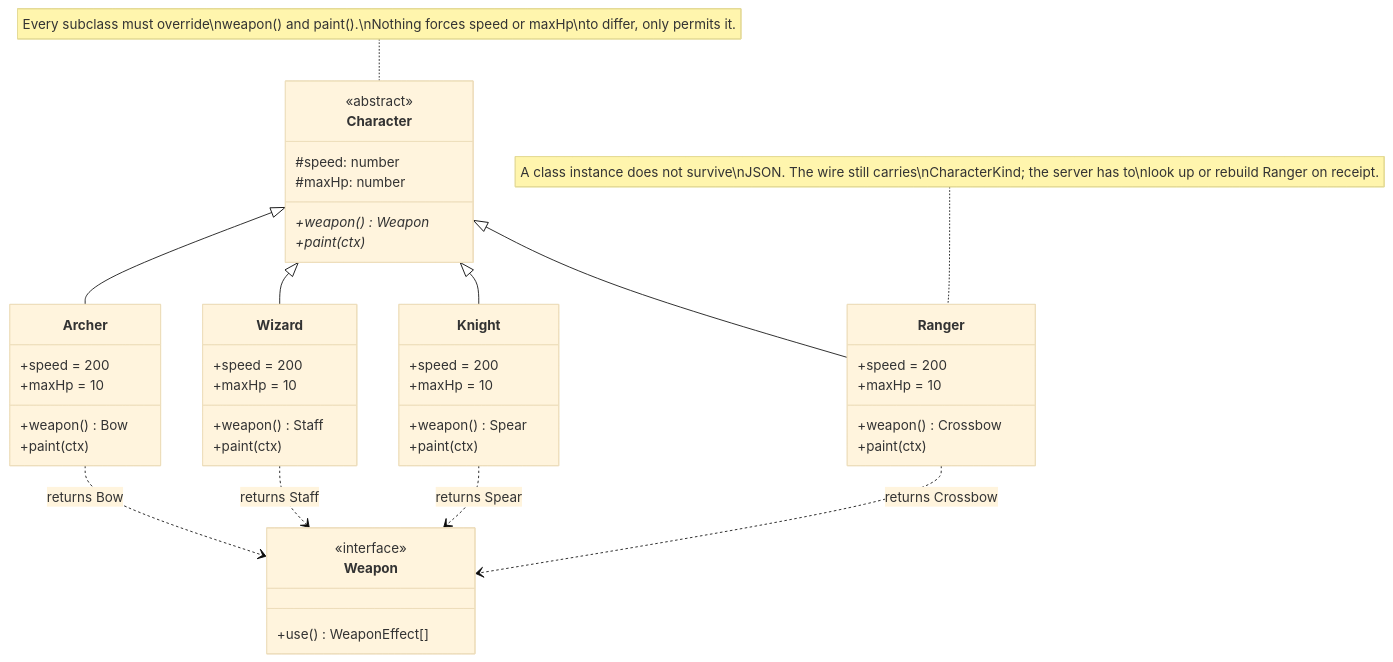
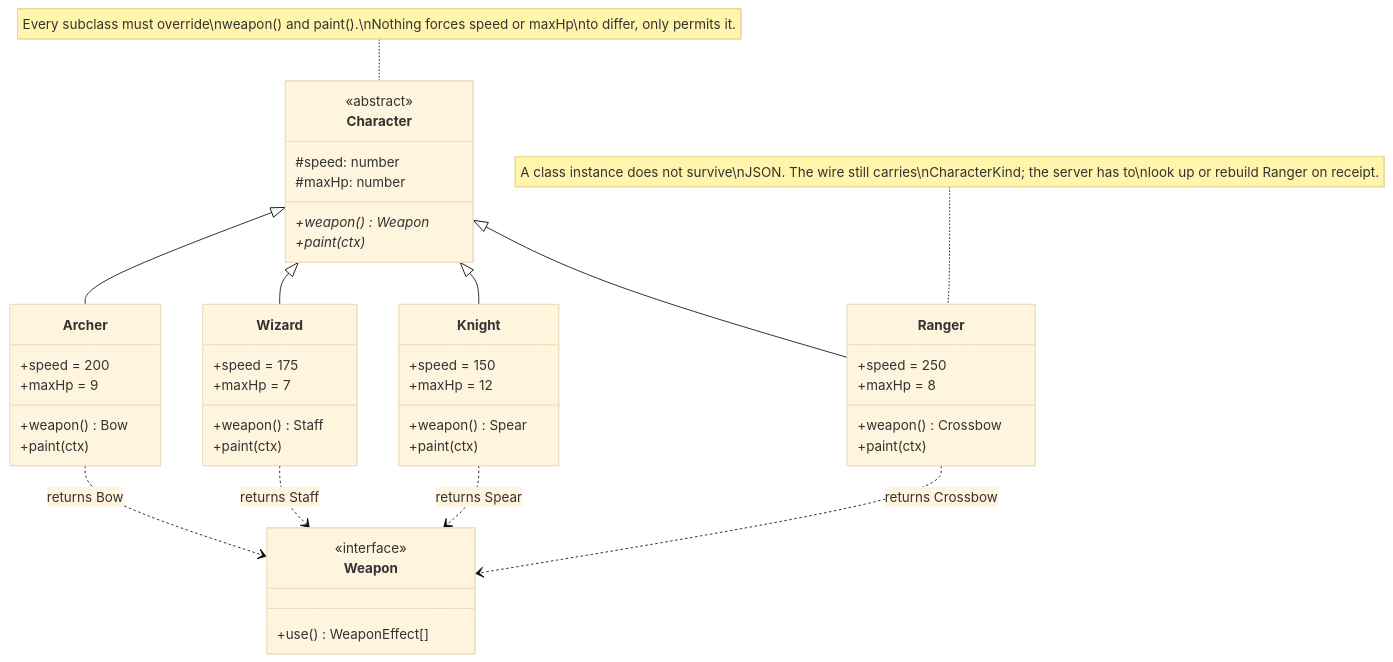
The second of 5 diagrams in docs/design-patterns.md (MrBisonte/crow-archer), drawn with Mermaid (base theme) before and after one commit. The commit also changed other lines of this file and 49 other files, not shown here.

````diff
--- a/docs/design-patterns.md
+++ b/docs/design-patterns.md
@@ -92,56 +98,56 @@
 ```mermaid
 classDiagram
     class Character {
         <<abstract>>
         #speed: number
         #maxHp: number
         +weapon()* Weapon
         +paint(ctx)*
     }
 
     class Archer {
         +speed = 200
-        +maxHp = 10
+        +maxHp = 9
         +weapon() Bow
         +paint(ctx)
     }
 
     class Wizard {
-        +speed = 200
-        +maxHp = 10
+        +speed = 175
+        +maxHp = 7
         +weapon() Staff
         +paint(ctx)
     }
 
     class Knight {
-        +speed = 200
-        +maxHp = 10
+        +speed = 150
+        +maxHp = 12
         +weapon() Spear
         +paint(ctx)
     }
 
     class Ranger {
-        +speed = 200
-        +maxHp = 10
+        +speed = 250
+        +maxHp = 8
         +weapon() Crossbow
         +paint(ctx)
     }
 
     class Weapon {
         <<interface>>
         +use() WeaponEffect[]
     }
 
     Character <|-- Archer
     Character <|-- Wizard
     Character <|-- Knight
     Character <|-- Ranger
 
     Archer ..> Weapon : returns Bow
     Wizard ..> Weapon : returns Staff
     Knight ..> Weapon : returns Spear
     Ranger ..> Weapon : returns Crossbow
 
     note for Character "Every subclass must override\nweapon() and paint().\nNothing forces speed or maxHp\nto differ, only permits it."
     note for Ranger "A class instance does not survive\nJSON. The wire still carries\nCharacterKind; the server has to\nlook up or rebuild Ranger on receipt."
 ```
````
